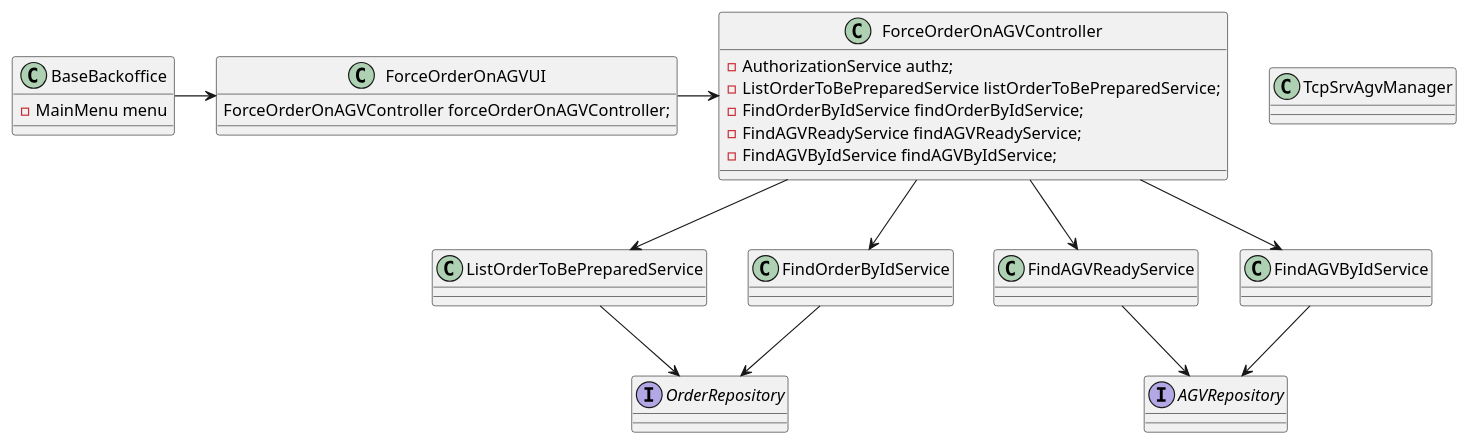
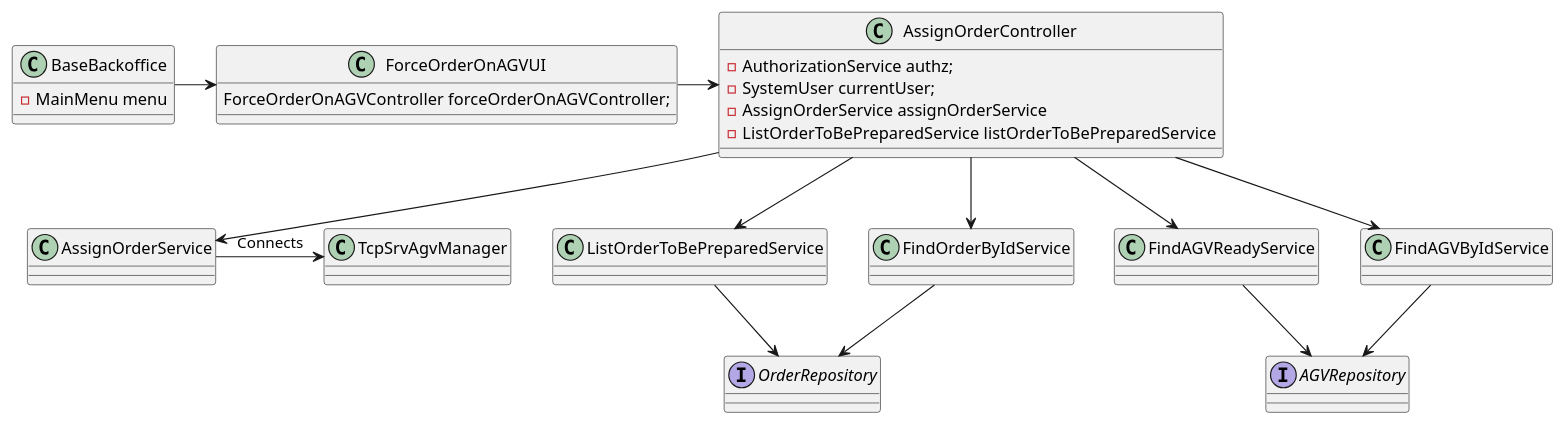
Before and after one commit to LourencoMelo/ISEP-EAPLI: the diagram in eapli.base/docs/1190811/US2003/US2003_CD.puml, drawn with PlantUML. The commit also changed 14 other files, not shown here.

```diff
--- a/eapli.base/docs/1190811/US2003/US2003_CD.puml
+++ b/eapli.base/docs/1190811/US2003/US2003_CD.puml
@@ -1,51 +1,53 @@
 @startuml
 
 class BaseBackoffice{
     -MainMenu menu
 }
 
 class ForceOrderOnAGVUI{
     ForceOrderOnAGVController forceOrderOnAGVController;
 }
 
-class ForceOrderOnAGVController{
+class AssignOrderController{
     -AuthorizationService authz;
-    -ListOrderToBePreparedService listOrderToBePreparedService;
-    -FindOrderByIdService findOrderByIdService;
-    -FindAGVReadyService findAGVReadyService;
-    -FindAGVByIdService findAGVByIdService;
+    -SystemUser currentUser;
+    -AssignOrderService assignOrderService
+    -ListOrderToBePreparedService listOrderToBePreparedService
 }
-
 
 class ListOrderToBePreparedService{
 }
 
 class FindOrderByIdService{
+}
+
+class AssignOrderService{
 }
 
 interface AGVRepository{
 }
 
 interface OrderRepository{
 }
 
 class TcpSrvAgvManager{
 }
 
-
 BaseBackoffice -> ForceOrderOnAGVUI
 
-ForceOrderOnAGVUI -> ForceOrderOnAGVController
+ForceOrderOnAGVUI -> AssignOrderController
 
-ForceOrderOnAGVController -down-> ListOrderToBePreparedService
-ForceOrderOnAGVController -down-> FindOrderByIdService
-ForceOrderOnAGVController -down-> FindAGVReadyService
-ForceOrderOnAGVController -down-> FindAGVByIdService
+AssignOrderController -down-> ListOrderToBePreparedService
+AssignOrderController -down-> FindOrderByIdService
+AssignOrderController -down-> FindAGVReadyService
+AssignOrderController -down-> FindAGVByIdService
+AssignOrderController -down-> AssignOrderService
+
+AssignOrderService -right-> TcpSrvAgvManager : Connects
 
 ListOrderToBePreparedService -down-> OrderRepository
 FindOrderByIdService -down-> OrderRepository
 FindAGVReadyService -down-> AGVRepository
 FindAGVByIdService -down-> AGVRepository
 
-
 @enduml
```
